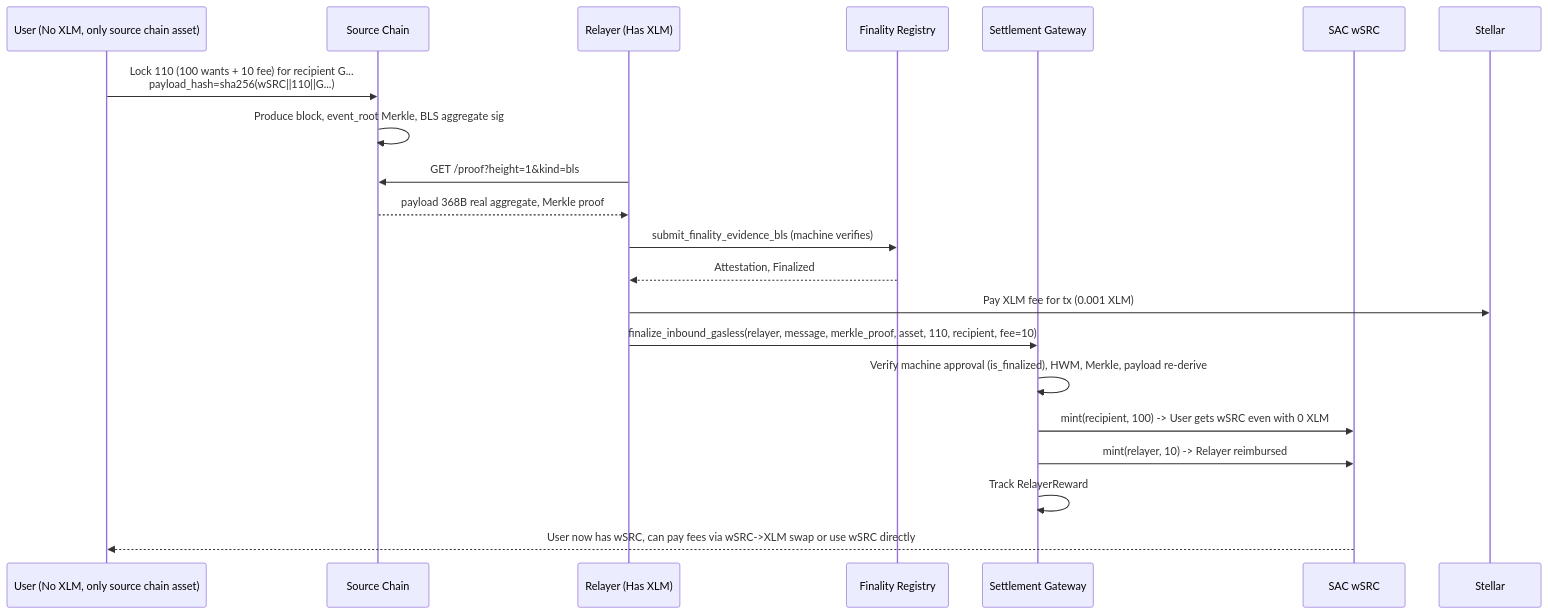
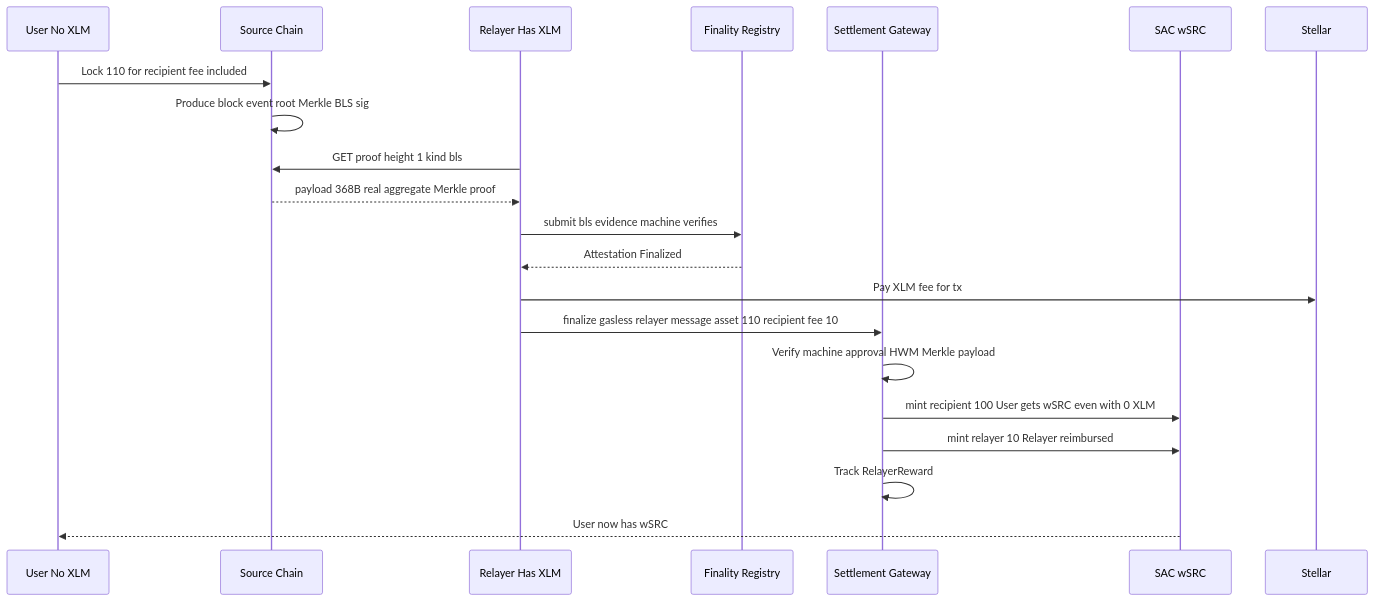
One commit to lubothebook/lumen-gate changed the fifth of 6 diagrams in README.md. Above: the diagram before and after it, drawn with Mermaid. The commit also changed other lines of this file, not shown here.

First line of the commit message:
fix: Mermaid diagrams GitHub compatible — remove br, &, special chars, ensure flowchart/sequenceDiagram render

````diff
--- a/README.md
+++ b/README.md
@@ -196,24 +206,24 @@
 ```mermaid
 sequenceDiagram
-    participant U as User (No XLM, only source chain asset)
+    participant U as User No XLM
     participant SRC as Source Chain
-    participant REL as Relayer (Has XLM)
+    participant REL as Relayer Has XLM
     participant REG as Finality Registry
     participant GW as Settlement Gateway
     participant SAC as SAC wSRC
     participant ST as Stellar
 
-    U->>SRC: Lock 110 (100 wants + 10 fee) for recipient G...<br/>payload_hash=sha256(wSRC||110||G...)
-    SRC->>SRC: Produce block, event_root Merkle, BLS aggregate sig
-    REL->>SRC: GET /proof?height=1&kind=bls
-    SRC-->>REL: payload 368B real aggregate, Merkle proof
-    REL->>REG: submit_finality_evidence_bls (machine verifies)
-    REG-->>REL: Attestation, Finalized
-    REL->>ST: Pay XLM fee for tx (0.001 XLM)
-    REL->>GW: finalize_inbound_gasless(relayer, message, merkle_proof, asset, 110, recipient, fee=10)
-    GW->>GW: Verify machine approval (is_finalized), HWM, Merkle, payload re-derive
-    GW->>SAC: mint(recipient, 100) -> User gets wSRC even with 0 XLM
-    GW->>SAC: mint(relayer, 10) -> Relayer reimbursed
+    U->>SRC: Lock 110 for recipient fee included
+    SRC->>SRC: Produce block event root Merkle BLS sig
+    REL->>SRC: GET proof height 1 kind bls
+    SRC-->>REL: payload 368B real aggregate Merkle proof
+    REL->>REG: submit bls evidence machine verifies
+    REG-->>REL: Attestation Finalized
+    REL->>ST: Pay XLM fee for tx
+    REL->>GW: finalize gasless relayer message asset 110 recipient fee 10
+    GW->>GW: Verify machine approval HWM Merkle payload
+    GW->>SAC: mint recipient 100 User gets wSRC even with 0 XLM
+    GW->>SAC: mint relayer 10 Relayer reimbursed
     GW->>GW: Track RelayerReward
-    SAC-->>U: User now has wSRC, can pay fees via wSRC->XLM swap or use wSRC directly
+    SAC-->>U: User now has wSRC
 ```
````
